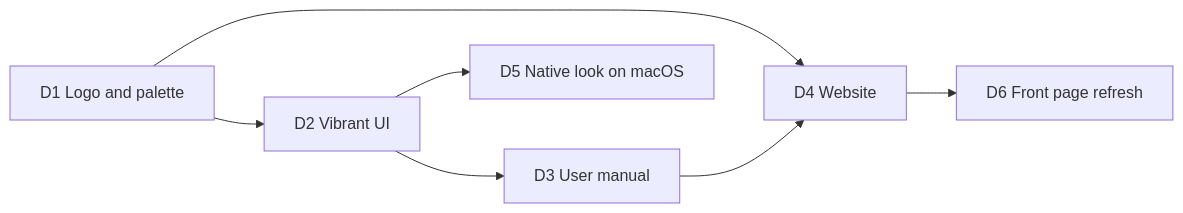
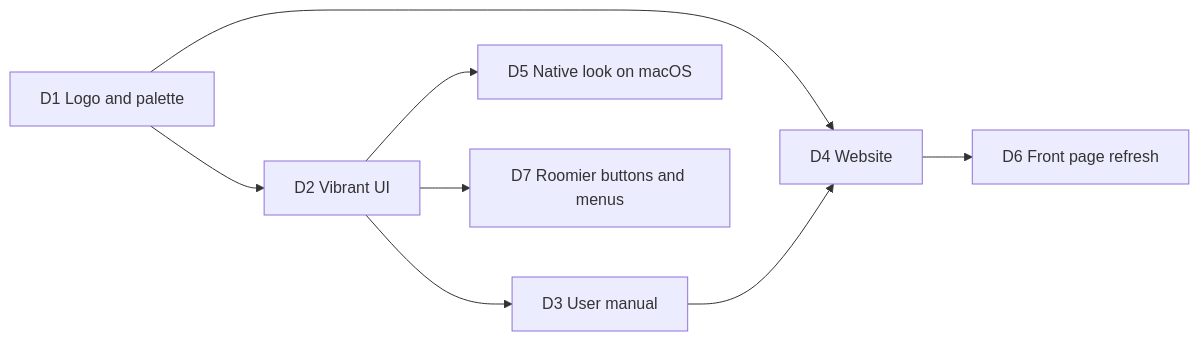
The diagram in docs/roadmap.md (navasvarela/dbrover), drawn with Mermaid before and after one commit. The commit also changed other lines of this file and 1 other file, not shown here.

First line of the commit message:
docs(d7): plan roomier buttons and menus (D7a) (#359)

````diff
--- a/docs/roadmap.md
+++ b/docs/roadmap.md
@@ -1513,9 +1513,10 @@
 ```mermaid
 flowchart LR
     D1[D1 Logo and palette] --> D2[D2 Vibrant UI]
     D1 --> D4[D4 Website]
     D2 --> D3[D3 User manual]
     D3 --> D4
     D2 --> D5[D5 Native look on macOS]
     D4 --> D6[D6 Front page refresh]
+    D2 --> D7[D7 Roomier buttons and menus]
 ```
````
